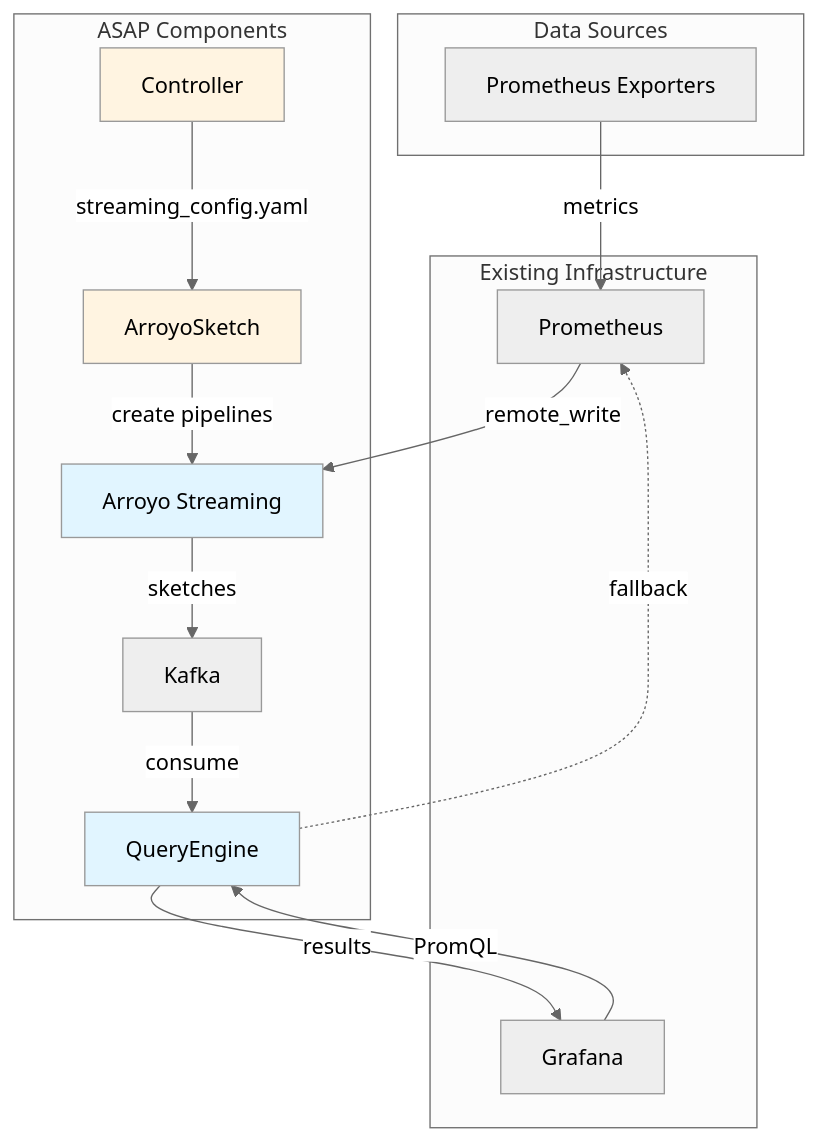
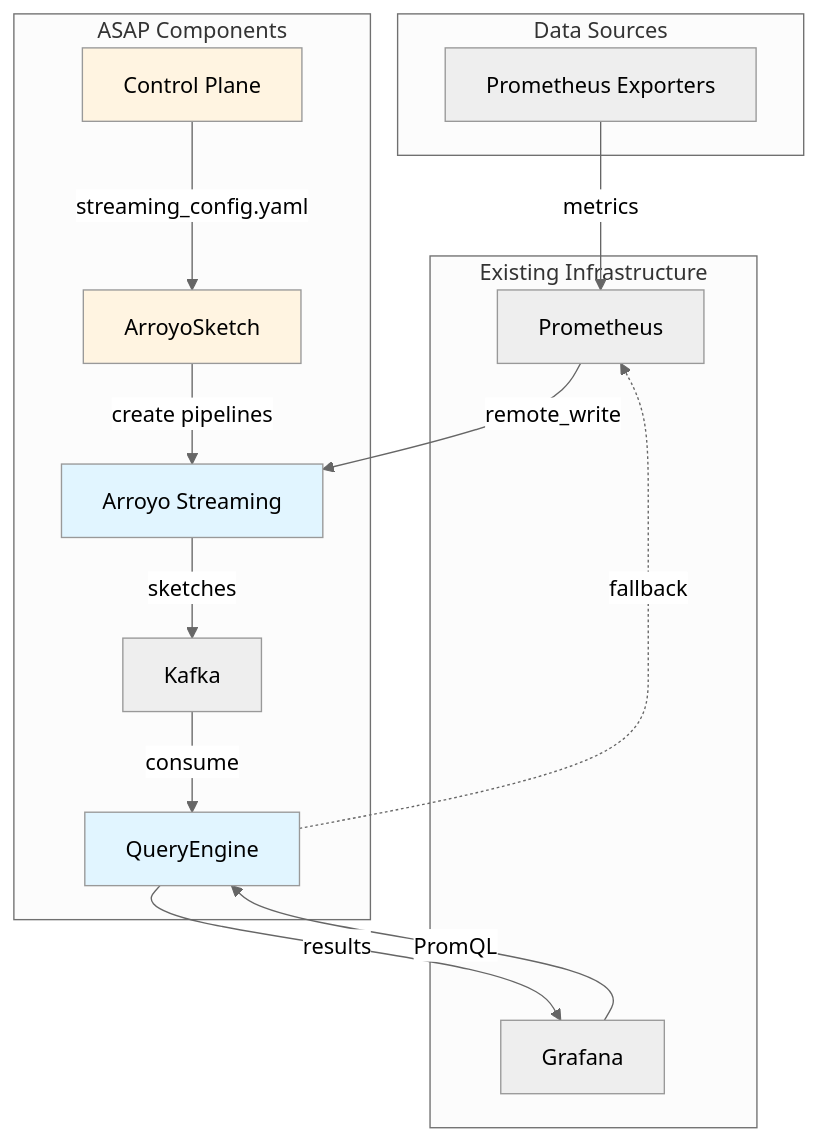
One commit to ProjectASAP/ASAPQuery-backend changed the first of 4 diagrams in docs/01-getting-started/architecture.md. Above: the diagram before and after it, drawn with Mermaid (neutral theme). The commit also changed other lines of this file and 211 other files, not shown here.

First line of the commit message:
refactor(control_plane): rename controller → control_plane

````diff
--- a/docs/01-getting-started/architecture.md
+++ b/docs/01-getting-started/architecture.md
@@ -17,35 +17,35 @@
 ```mermaid
 graph TB
     subgraph "Data Sources"
         E[Prometheus Exporters]
     end
 
     subgraph "Existing Infrastructure"
         P[Prometheus]
         G[Grafana]
     end
 
     subgraph "ASAP Components"
         A[Arroyo Streaming]
         K[Kafka]
         Q[QueryEngine]
-        C[Controller]
+        C[Control Plane]
         AS[ArroyoSketch]
     end
 
     E -->|metrics| P
     P -->|remote_write| A
     A -->|sketches| K
     K -->|consume| Q
     G -->|PromQL| Q
     Q -->|results| G
     Q -.->|fallback| P
 
     C -->|streaming_config.yaml| AS
     AS -->|create pipelines| A
 
     style A fill:#e1f5ff
     style Q fill:#e1f5ff
     style C fill:#fff4e1
     style AS fill:#fff4e1
 ```
````
